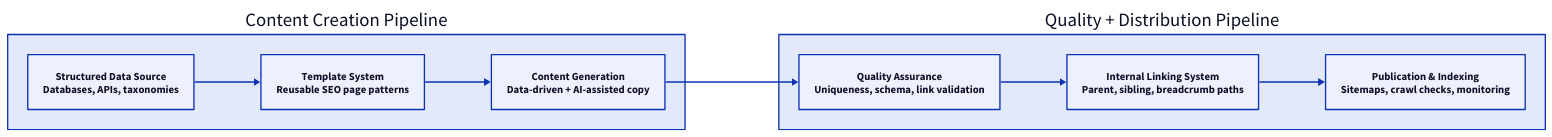
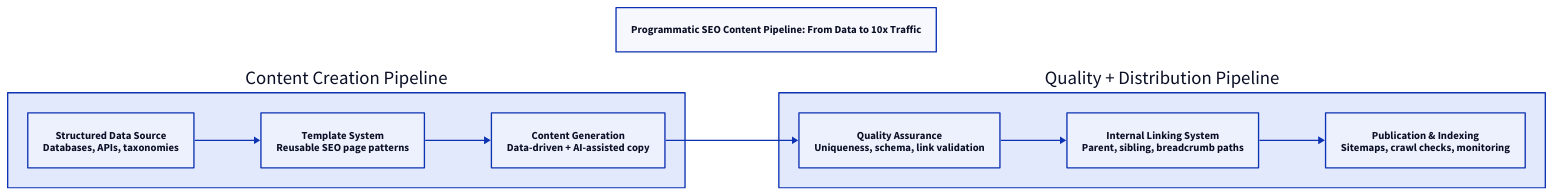
Before and after one commit to AR10Dev/ar10dev.github.io: the diagram in src/content/blog/how-programmatic-seo-generates-10x-traffic.mdx, drawn with D2. The commit also changed other lines of this file and 4 other files, not shown here.

Commit message:
feat: add favicon.svg and enhance blog post architecture visuals with figures and captions

````diff
--- a/src/content/blog/how-programmatic-seo-generates-10x-traffic.mdx
+++ b/src/content/blog/how-programmatic-seo-generates-10x-traffic.mdx
@@ -60,33 +62,34 @@
 ```d2
+title: "Programmatic SEO Content Pipeline: From Data to 10x Traffic" { near: top-center }
 direction: right
 
 creation: "Content Creation Pipeline" {
   data: "Structured Data Source\nDatabases, APIs, taxonomies" {
     shape: rectangle
   }
   templates: "Template System\nReusable SEO page patterns" {
     shape: rectangle
   }
   generation: "Content Generation\nData-driven + AI-assisted copy" {
     shape: rectangle
   }
   
   data -> templates -> generation
 }
 
 quality: "Quality + Distribution Pipeline" {
   qa: "Quality Assurance\nUniqueness, schema, link validation" {
     shape: rectangle
   }
   links: "Internal Linking System\nParent, sibling, breadcrumb paths" {
     shape: rectangle
   }
   publish: "Publication & Indexing\nSitemaps, crawl checks, monitoring" {
     shape: rectangle
   }
   
   qa -> links -> publish
 }
 
 creation.generation -> quality.qa
 ```
````
